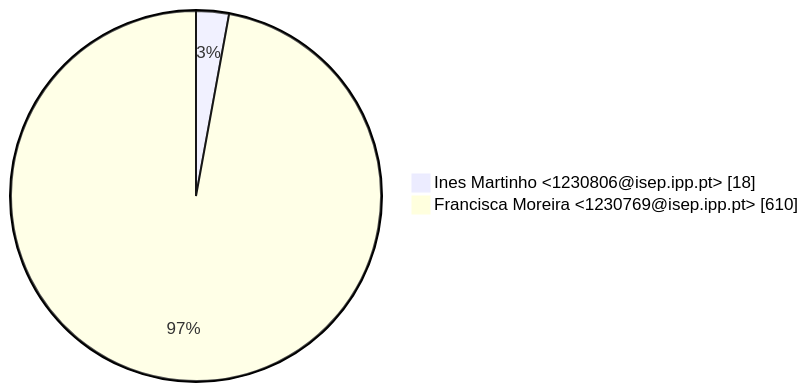
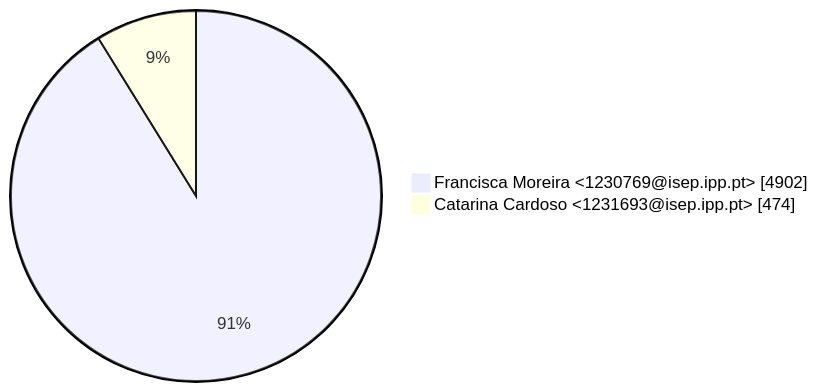
The second of 3 diagrams in GitAnalysis/Sprint_1/Contributions.md (catarina65-isep/LSIS-Equipa-9), drawn with Mermaid before and after one commit. The commit also changed other lines of this file and 1 other file, not shown here.

````diff
--- a/GitAnalysis/Sprint_1/Contributions.md
+++ b/GitAnalysis/Sprint_1/Contributions.md
@@ -15,5 +15,5 @@
 ```mermaid
 pie showData
-    " Ines Martinho <1230806@isep.ipp.pt>" : 18
-    " Francisca Moreira <1230769@isep.ipp.pt>" : 610
+    " Francisca Moreira <1230769@isep.ipp.pt>" : 4902
+    " Catarina Cardoso <1231693@isep.ipp.pt>" : 474
 ```
````
